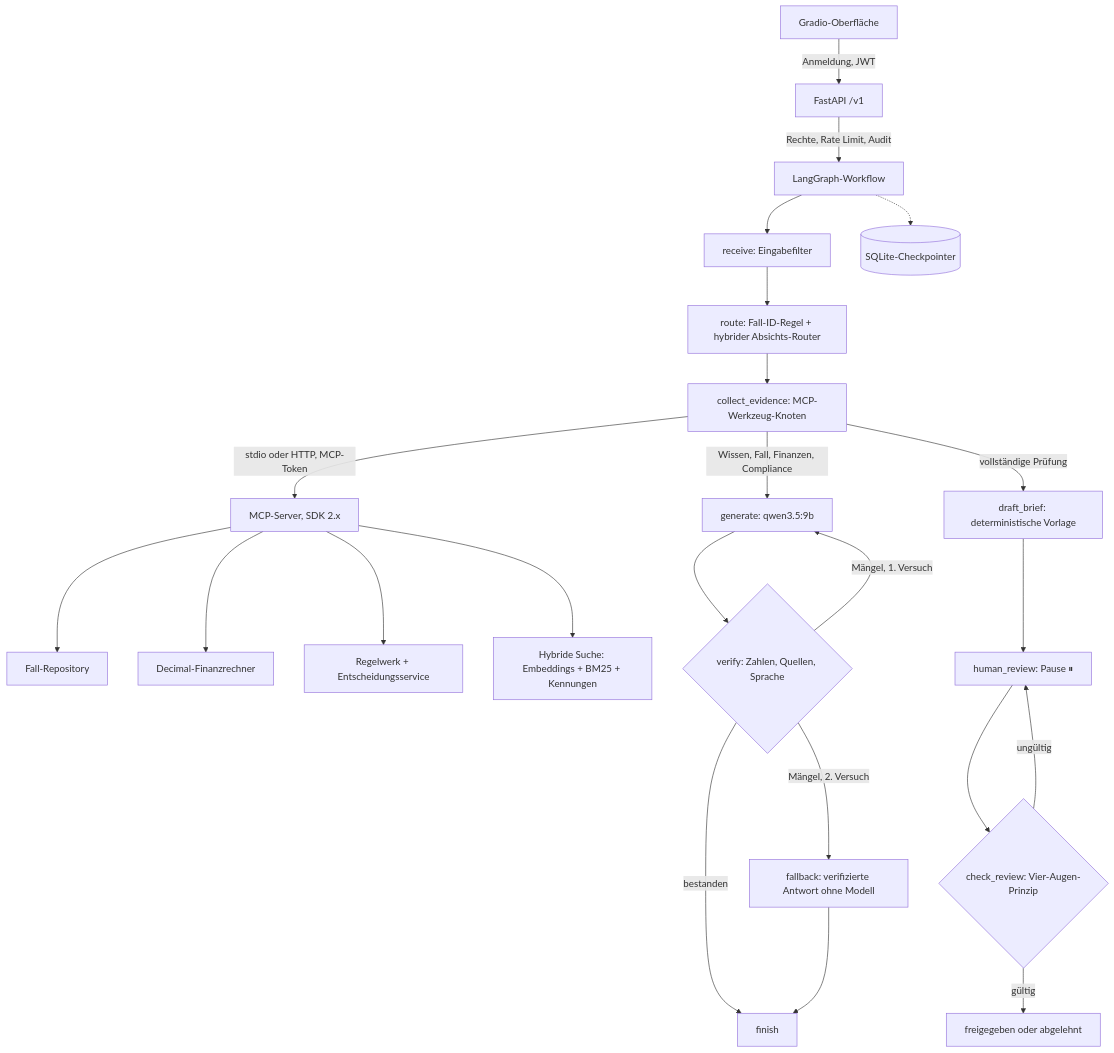
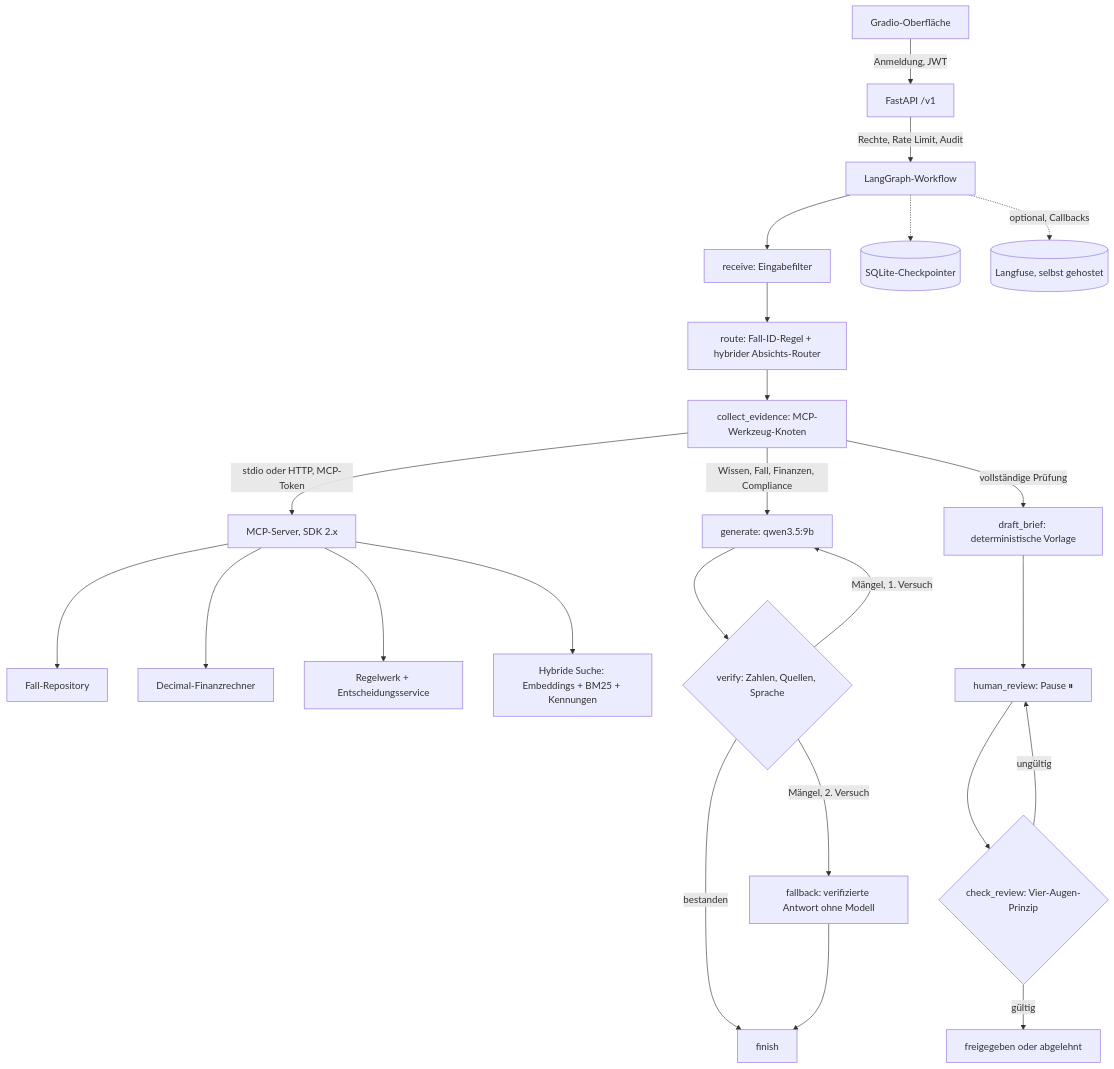
The diagram in docs/architecture.md (Maik-Huebner/secure-enterprise-ai-assistant), drawn with Mermaid before and after one commit. The commit also changed other lines of this file and 4 other files, not shown here.

````diff
--- a/docs/architecture.md
+++ b/docs/architecture.md
@@ -3,25 +3,26 @@
 ```mermaid
 flowchart TD
     UI[Gradio-Oberfläche] -->|Anmeldung, JWT| API[FastAPI /v1]
     API -->|Rechte, Rate Limit, Audit| G[LangGraph-Workflow]
     G --> RCV[receive: Eingabefilter]
     RCV --> RT[route: Fall-ID-Regel + hybrider Absichts-Router]
     RT --> COL[collect_evidence: MCP-Werkzeug-Knoten]
     COL -->|stdio oder HTTP, MCP-Token| MCP[MCP-Server, SDK 2.x]
     MCP --> CASES[Fall-Repository]
     MCP --> FIN[Decimal-Finanzrechner]
     MCP --> COMP[Regelwerk + Entscheidungsservice]
     MCP --> RAG[Hybride Suche: Embeddings + BM25 + Kennungen]
     COL -->|Wissen, Fall, Finanzen, Compliance| GEN[generate: qwen3.5:9b]
     GEN --> VER{verify: Zahlen, Quellen, Sprache}
     VER -->|bestanden| FIN2[finish]
     VER -->|Mängel, 1. Versuch| GEN
     VER -->|Mängel, 2. Versuch| FB[fallback: verifizierte Antwort ohne Modell]
     FB --> FIN2
     COL -->|vollständige Prüfung| DR[draft_brief: deterministische Vorlage]
     DR --> HR[human_review: Pause ⏸]
     HR --> CR{check_review: Vier-Augen-Prinzip}
     CR -->|ungültig| HR
     CR -->|gültig| END[freigegeben oder abgelehnt]
     G -.-> CP[(SQLite-Checkpointer)]
+    G -.->|optional, Callbacks| LF[(Langfuse, selbst gehostet)]
 ```
````
